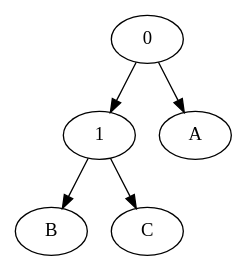
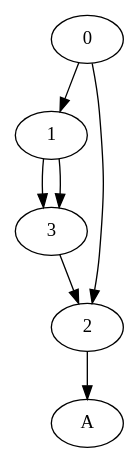
One commit to KSjors/TriL2Net changed the diagram in Digraph.gv. Above: the diagram before and after it, drawn with Graphviz. The commit also changed 7 other files, not shown here.

```diff
--- a/Digraph.gv
+++ b/Digraph.gv
@@ -1,6 +1,8 @@
 digraph {
 	0 -> 1
-	0 -> A
-	1 -> B
-	1 -> C
+	0 -> 2
+	1 -> 3
+	2 -> A
+	3 -> 2
+	1 -> 3
 }
```
